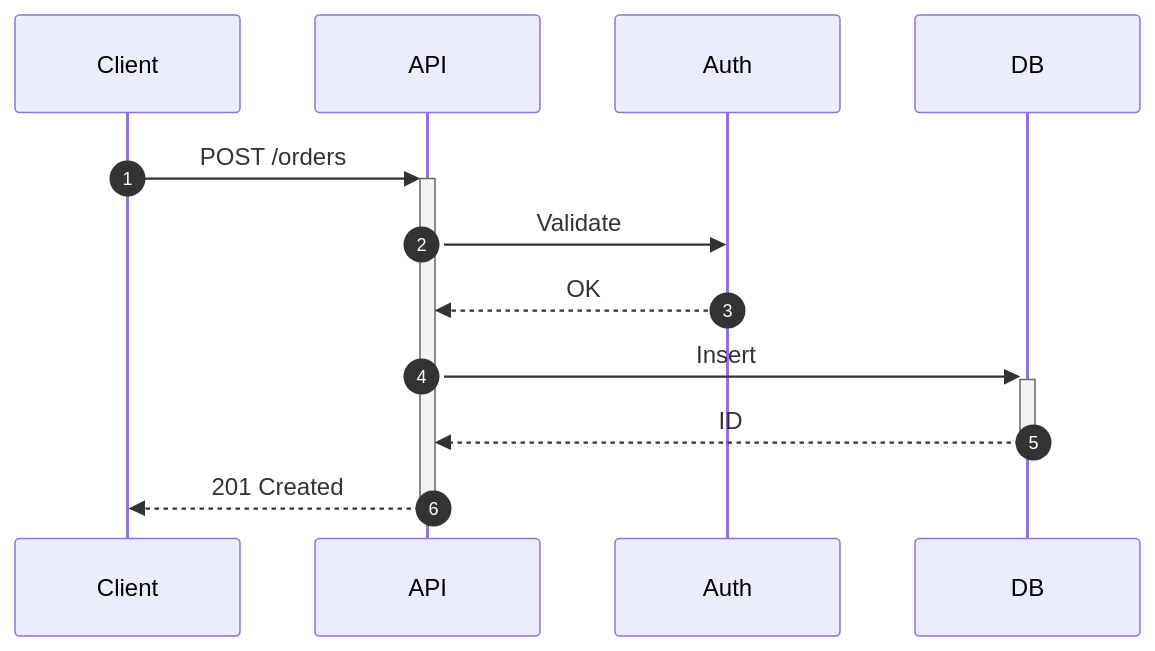
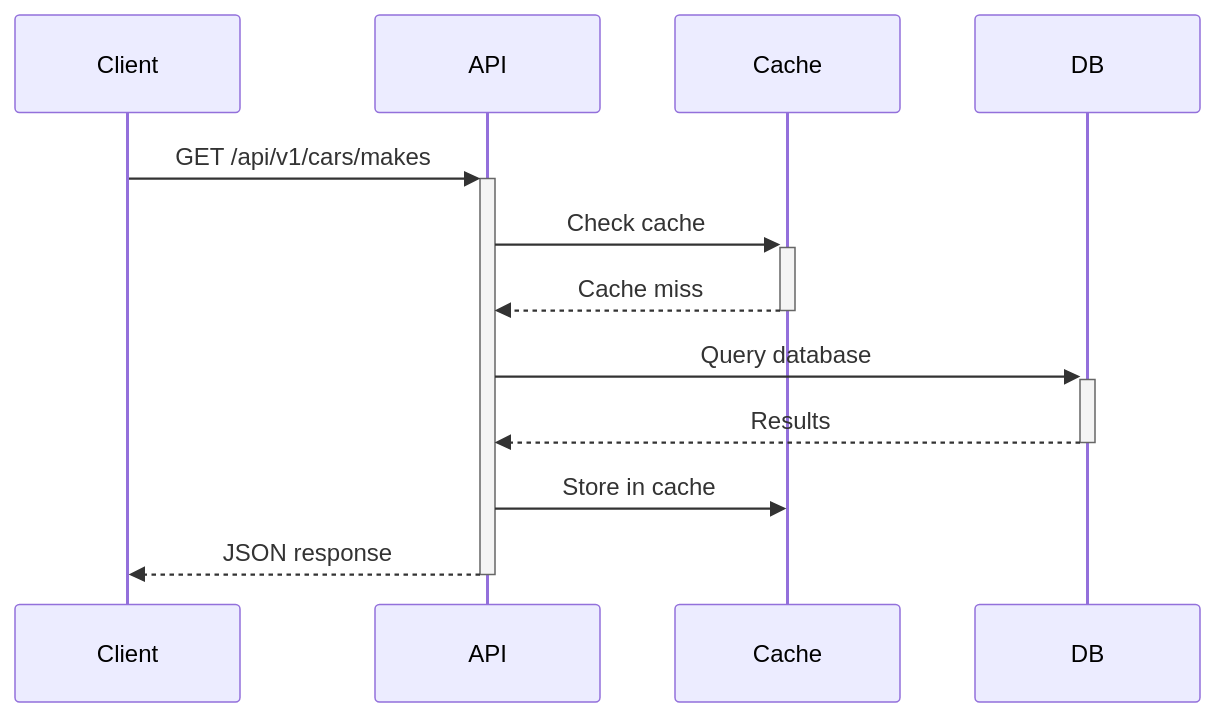
One commit to runkids/claude-skill-registry changed the ninth of 17 diagrams in skills/data/mermaid-diagrams/SKILL.md. Above: the diagram before and after it, drawn with Mermaid. The commit also changed other lines of this file and 18603 other files, not shown here.

````diff
--- a/skills/data/mermaid-diagrams/SKILL.md
+++ b/skills/data/mermaid-diagrams/SKILL.md
@@ -80,10 +392,10 @@
 ```mermaid
 sequenceDiagram
-    autonumber
-    Client->>+API: POST /orders
-    API->>Auth: Validate
-    Auth-->>API: OK
-    API->>+DB: Insert
-    DB-->>-API: ID
-    API-->>-Client: 201 Created
+    Client->>+API: GET /api/v1/cars/makes
+    API->>+Cache: Check cache
+    Cache-->>-API: Cache miss
+    API->>+DB: Query database
+    DB-->>-API: Results
+    API->>Cache: Store in cache
+    API-->>-Client: JSON response
 ```
````
